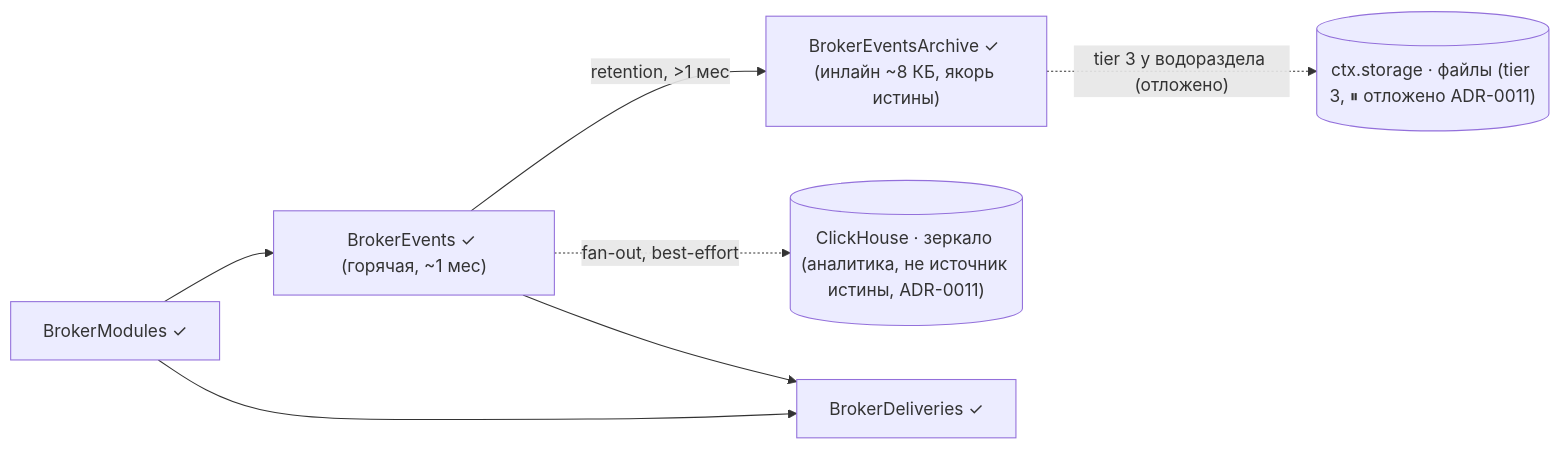
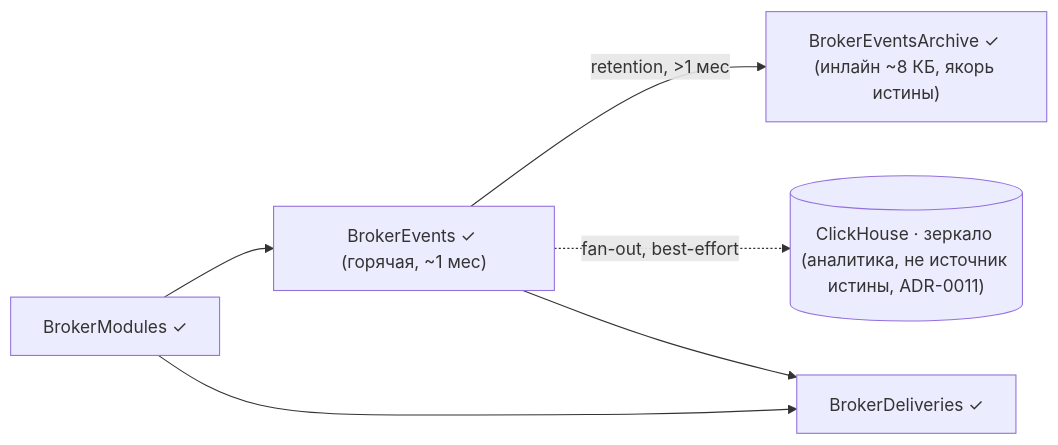
One commit to andrey-khudoley/Chatium changed the third of 9 diagrams in s.chtm.khudoley.pro/p/units/aley/bpm/core/docs/spec/spec-map.md. Above: the diagram before and after it, drawn with Mermaid. The commit also changed other lines of this file and 6 other files, not shown here.

````diff
--- a/s.chtm.khudoley.pro/p/units/aley/bpm/core/docs/spec/spec-map.md
+++ b/s.chtm.khudoley.pro/p/units/aley/bpm/core/docs/spec/spec-map.md
@@ -128,15 +127,13 @@
 ```mermaid
 flowchart LR
   M["BrokerModules ✓"]
   Ev["BrokerEvents ✓ (горячая, ~1 мес)"]
   Ar["BrokerEventsArchive ✓ (инлайн ~8 КБ, якорь истины)"]
-  Fs[("ctx.storage · файлы (tier 3, ⏸ отложено ADR-0011)")]
   Ch[("ClickHouse · зеркало (аналитика, не источник истины, ADR-0011)")]
   De["BrokerDeliveries ✓"]
   M --> Ev
   Ev -->|"retention, >1 мес"| Ar
-  Ar -.->|"tier 3 у водораздела (отложено)"| Fs
   Ev -.->|"fan-out, best-effort"| Ch
   M --> De
   Ev --> De
 ```
````
